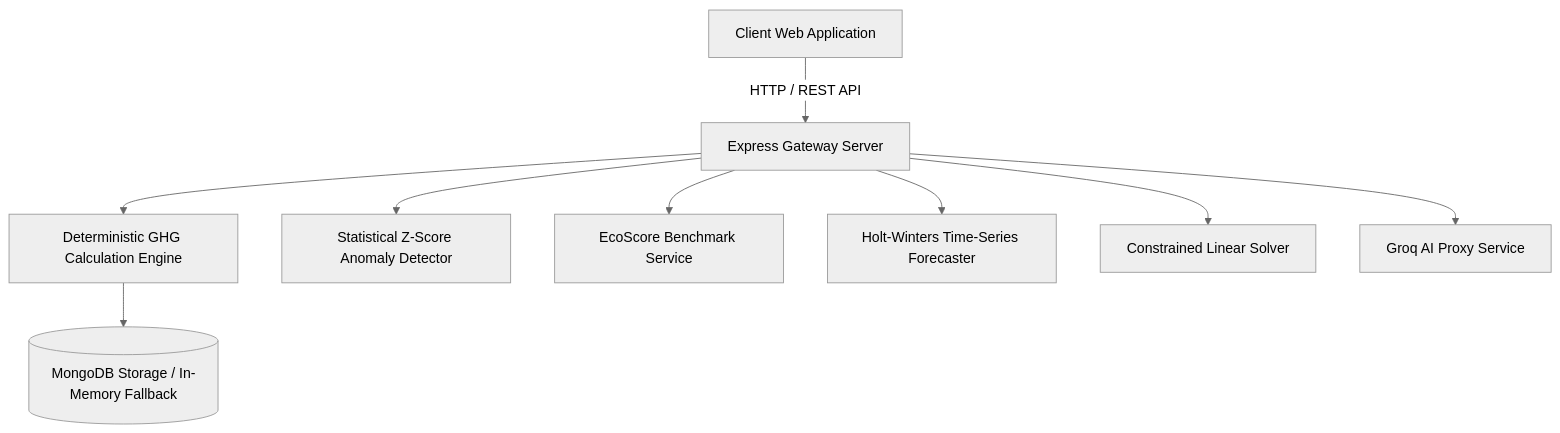
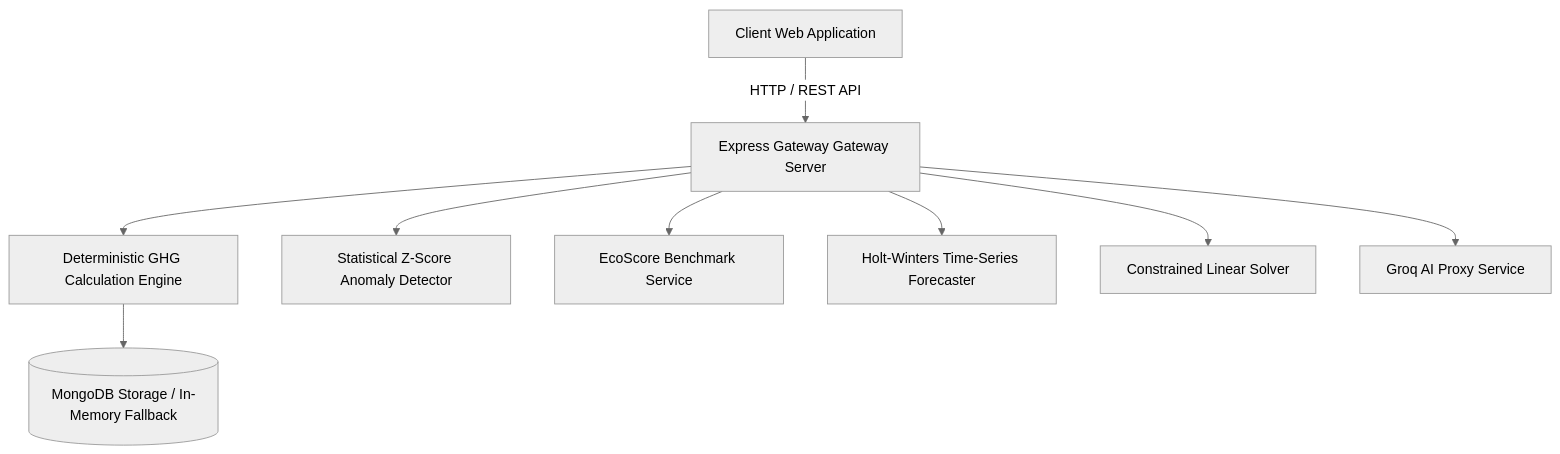
The diagram in README.md (Dhruvg334/Carbonly), drawn with Mermaid (neutral theme) before and after one commit. The commit also changed other lines of this file and 5 other files, not shown here.

````diff
--- a/README.md
+++ b/README.md
@@ -18,11 +19,11 @@
 ```mermaid
 graph TD
-    A[Client Web Application] -->|HTTP / REST API| B[Express Gateway Server]
+    A[Client Web Application] -->|HTTP / REST API| B[Express Gateway Gateway Server]
     B --> C[Deterministic GHG Calculation Engine]
     B --> D[Statistical Z-Score Anomaly Detector]
     B --> E[EcoScore Benchmark Service]
     B --> F[Holt-Winters Time-Series Forecaster]
     B --> G[Constrained Linear Solver]
     B --> H[Groq AI Proxy Service]
     C --> I[(MongoDB Storage / In-Memory Fallback)]
 ```
````
